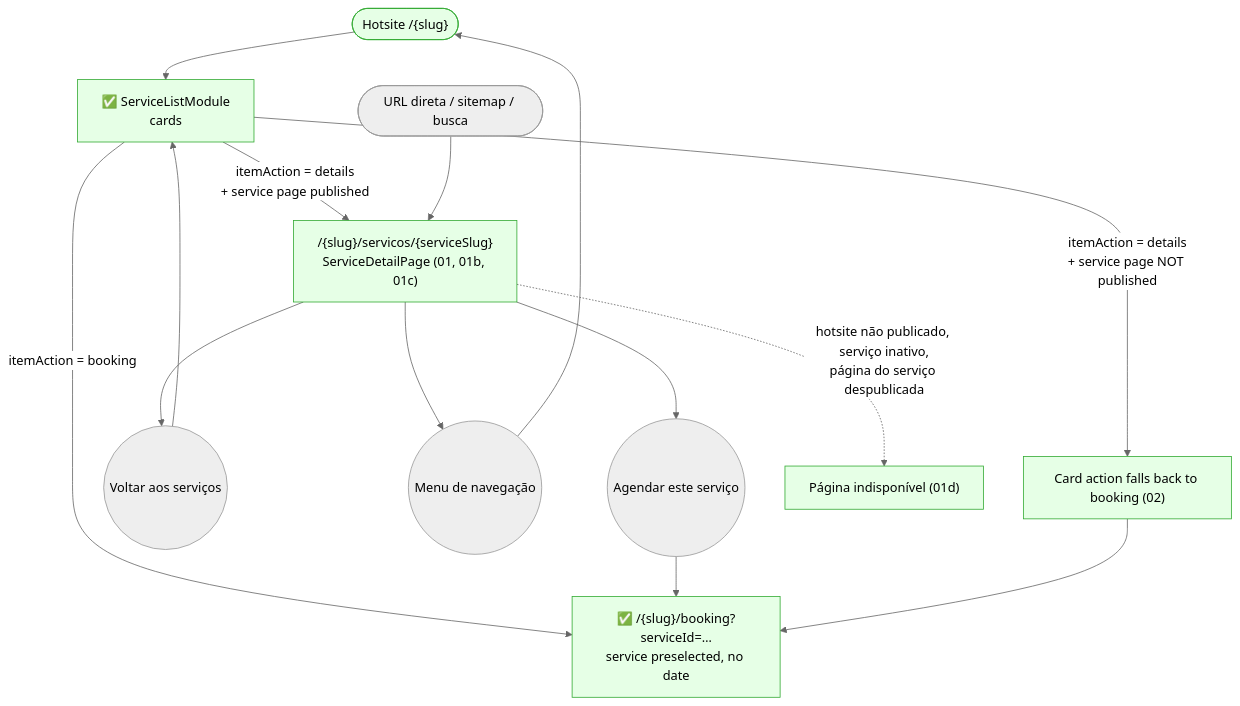
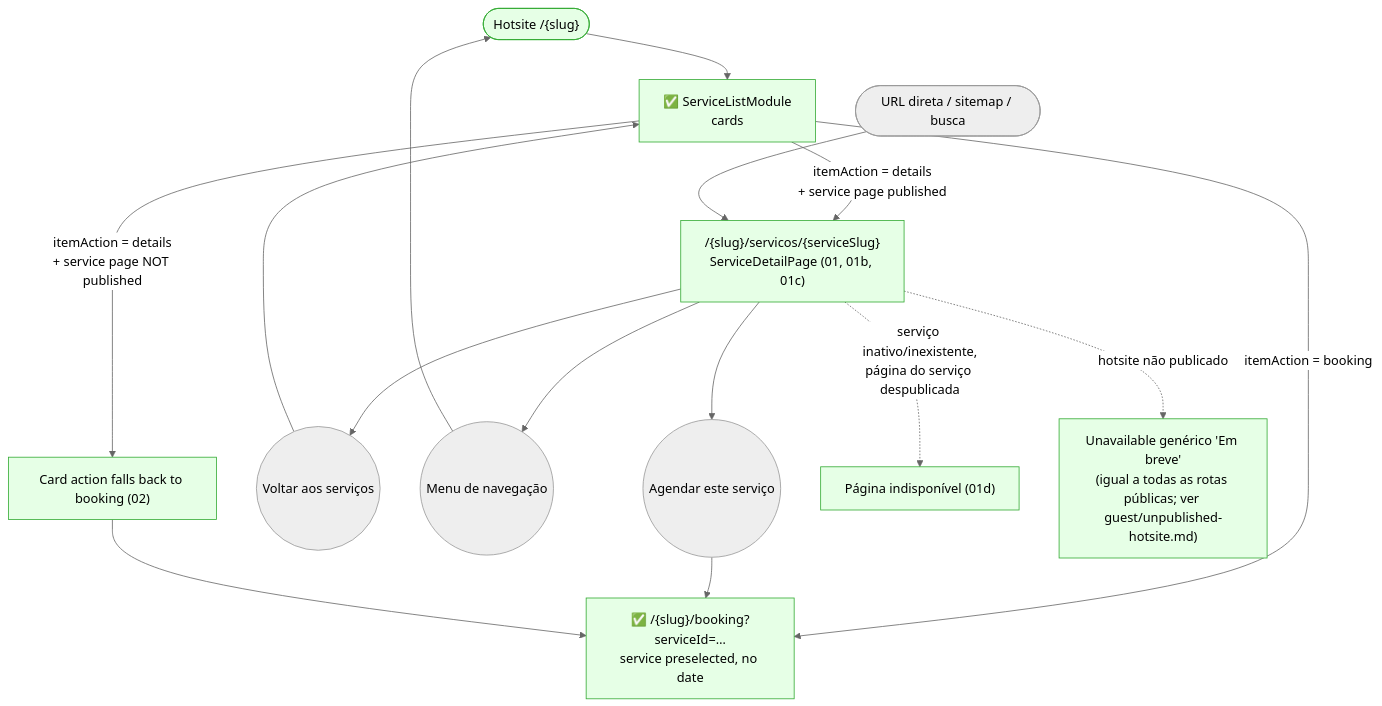
Before and after one commit to lmmoreira/ikaro: the diagram in journeys/guest/service-detail.md, drawn with Mermaid (neutral theme). The commit also changed 242 other files, not shown here.

````diff
--- a/journeys/guest/service-detail.md
+++ b/journeys/guest/service-detail.md
@@ -10,20 +10,21 @@
 ```mermaid
 flowchart TD
     classDef existing fill:#e6ffe6,stroke:#3a3
     classDef gap stroke:#f00,stroke-dasharray: 5 5,fill:#fee
 
     Home(["Hotsite /{slug}"]) --> ServiceList["✅ ServiceListModule<br/>cards"]
     ServiceList -- "itemAction = details<br/>+ service page published" --> Detail["/{slug}/servicos/{serviceSlug}<br/>ServiceDetailPage (01, 01b, 01c)"]
     ServiceList -- "itemAction = details<br/>+ service page NOT published" --> BookingFallback["Card action falls back to booking (02)"]
     ServiceList -- "itemAction = booking" --> Booking
     Detail --> Back(("Voltar aos serviços")) --> ServiceList
     Detail --> Nav(("Menu de navegação")) --> Home
     Detail --> Cta(("Agendar este serviço"))
     Cta --> Booking["✅ /{slug}/booking?serviceId=…<br/>service preselected, no date"]
     BookingFallback --> Booking
     Direct(["URL direta / sitemap / busca"]) --> Detail
-    Detail -. "hotsite não publicado, serviço inativo,<br/>página do serviço despublicada" .-> NotFound["Página indisponível (01d)"]
+    Detail -. "serviço inativo/inexistente,<br/>página do serviço despublicada" .-> NotFound["Página indisponível (01d)"]
+    Detail -. "hotsite não publicado" .-> HotsiteUnavailable["Unavailable genérico 'Em breve'<br/>(igual a todas as rotas públicas; ver guest/unpublished-hotsite.md)"]
 
     class Home,ServiceList,Booking existing
-    class Detail,BookingFallback,NotFound existing
+    class Detail,BookingFallback,NotFound,HotsiteUnavailable existing
 ```
````
